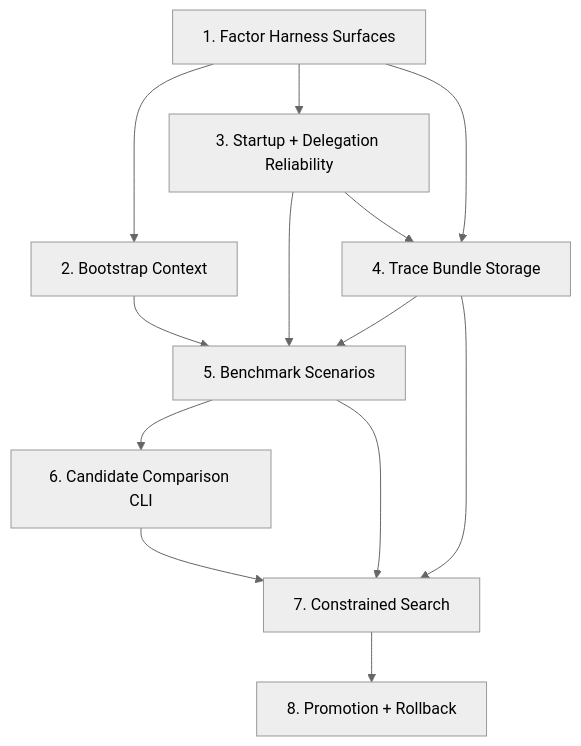
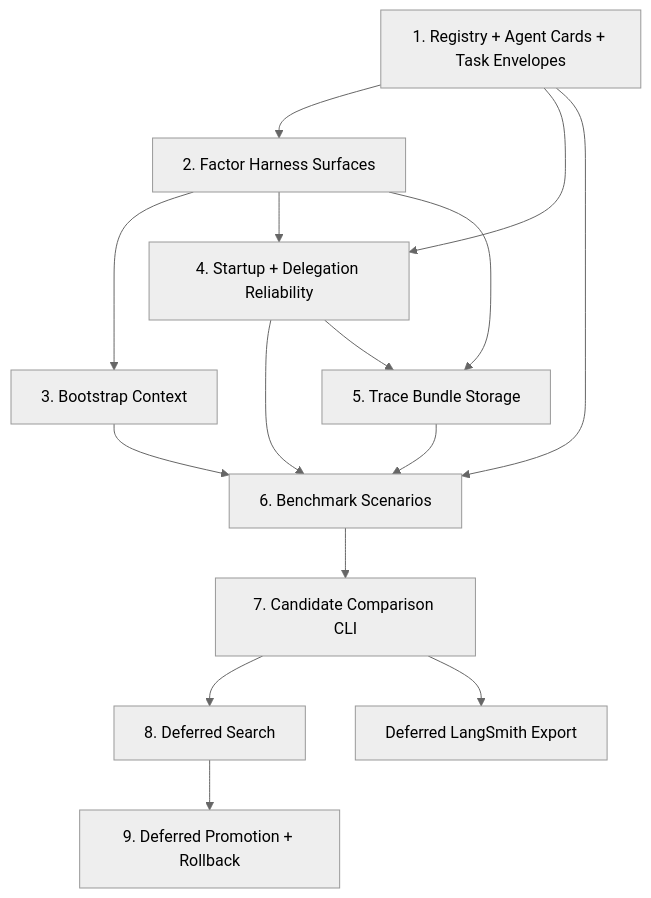
One commit to codeslp/btrain changed the diagram in specs/010-meta-harness-for-btrain-implementation-plan.md. Above: the diagram before and after it, drawn with Mermaid (neutral theme). The commit also changed other lines of this file and 32 other files, not shown here.

````diff
--- a/specs/010-meta-harness-for-btrain-implementation-plan.md
+++ b/specs/010-meta-harness-for-btrain-implementation-plan.md
@@ -108,15 +130,17 @@
 ```mermaid
 flowchart TD
-    A["1. Factor Harness Surfaces"] --> B["2. Bootstrap Context"]
-    A --> C["3. Startup + Delegation Reliability"]
-    A --> D["4. Trace Bundle Storage"]
-    B --> E["5. Benchmark Scenarios"]
-    C --> E
-    C --> D
+    A["1. Registry + Agent Cards + Task Envelopes"] --> B["2. Factor Harness Surfaces"]
+    B --> C["3. Bootstrap Context"]
+    B --> D["4. Startup + Delegation Reliability"]
+    A --> D
+    B --> E["5. Trace Bundle Storage"]
+    A --> F["6. Benchmark Scenarios"]
+    C --> F
+    D --> F
     D --> E
-    E --> F["6. Candidate Comparison CLI"]
-    F --> G["7. Constrained Search"]
-    D --> G
-    E --> G
-    G --> H["8. Promotion + Rollback"]
+    E --> F
+    F --> G["7. Candidate Comparison CLI"]
+    G --> H["8. Deferred Search"]
+    H --> I["9. Deferred Promotion + Rollback"]
+    G --> J["Deferred LangSmith Export"]
 ```
````
